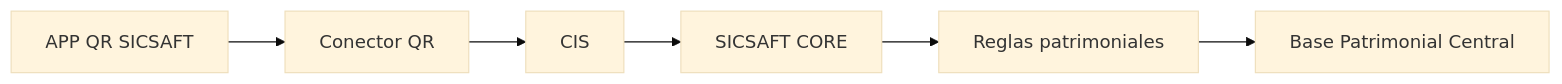
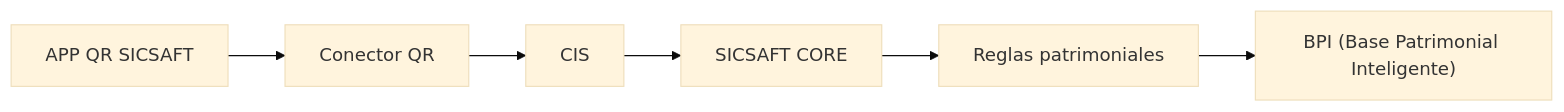
The diagram in aidlc-docs/app-qr-sicsaft/design-artifacts/DOC-002-conector-qr.md (jhonabruzzi278/SICSAFT), drawn with Mermaid (base theme) before and after one commit. The commit also changed other lines of this file and 20 other files, not shown here.

````diff
--- a/aidlc-docs/app-qr-sicsaft/design-artifacts/DOC-002-conector-qr.md
+++ b/aidlc-docs/app-qr-sicsaft/design-artifacts/DOC-002-conector-qr.md
@@ -5,8 +5,8 @@
 ```mermaid
 flowchart LR
     App["APP QR SICSAFT"] --> Connector["Conector QR"]
     Connector --> CIS["CIS"]
     CIS --> Core["SICSAFT CORE"]
     Core --> Rules["Reglas patrimoniales"]
-    Rules --> Database["Base Patrimonial Central"]
+    Rules --> Database["BPI (Base Patrimonial Inteligente)"]
 ```
````
